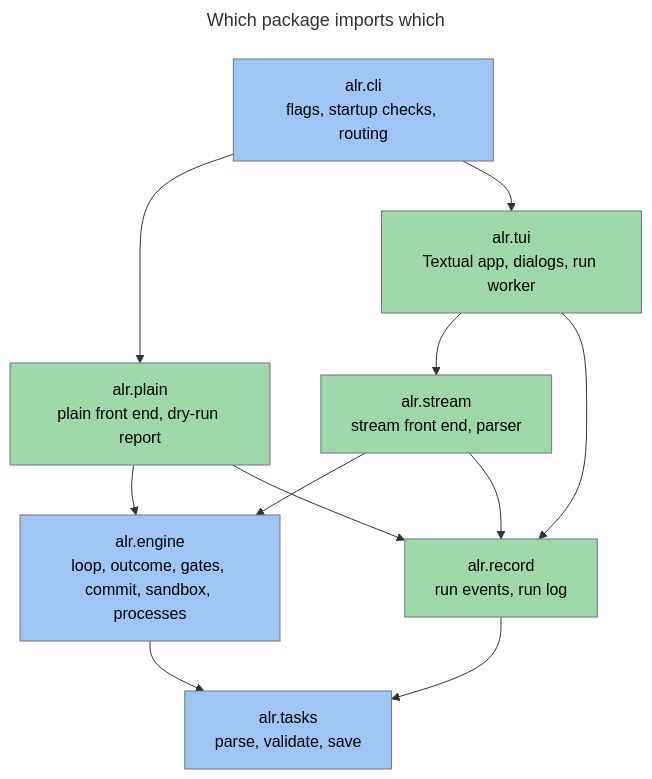
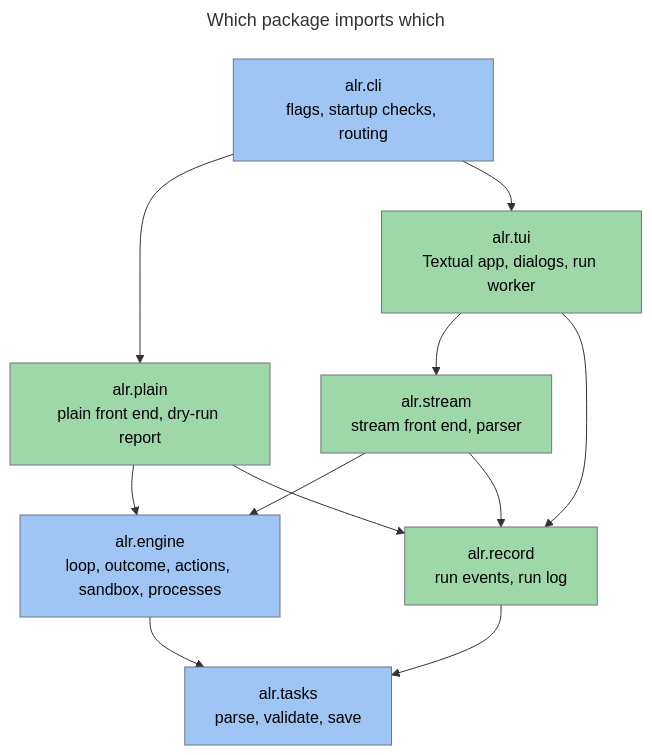
One commit to twistingmercury/agentic_loop_runner changed the first of 5 diagrams in docs/design/03_system_architecture.md. Above: the diagram before and after it, drawn with Mermaid. The commit also changed other lines of this file and 70 other files, not shown here.

First line of the commit message:
Replace `--commit` with `after_task` and `after_run` actions (ADR-026) (#12)

````diff
--- a/docs/design/03_system_architecture.md
+++ b/docs/design/03_system_architecture.md
@@ -35,26 +35,26 @@
 ```mermaid
 ---
 title: Which package imports which
 ---
 flowchart TD
     cli["alr.cli<br/>flags, startup checks, routing"]:::blue
     plain["alr.plain<br/>plain front end, dry-run report"]:::green
     tui["alr.tui<br/>Textual app, dialogs, run worker"]:::green
     stream["alr.stream<br/>stream front end, parser"]:::green
     record["alr.record<br/>run events, run log"]:::green
-    engine["alr.engine<br/>loop, outcome, gates, commit, sandbox, processes"]:::blue
+    engine["alr.engine<br/>loop, outcome, actions, sandbox, processes"]:::blue
     tasks["alr.tasks<br/>parse, validate, save"]:::blue
     cli --> plain
     cli --> tui
     tui --> stream
     tui --> record
     plain --> engine
     plain --> record
     stream --> engine
     stream --> record
     record --> tasks
     engine --> tasks
     classDef blue fill: #9ec5f4, stroke: #6e7781, color: #000000
     classDef green fill: #9fd8a8, stroke: #6e7781, color: #000000
     classDef gray fill: #c4cbd3, stroke: #6e7781, color: #000000
 ```
````
